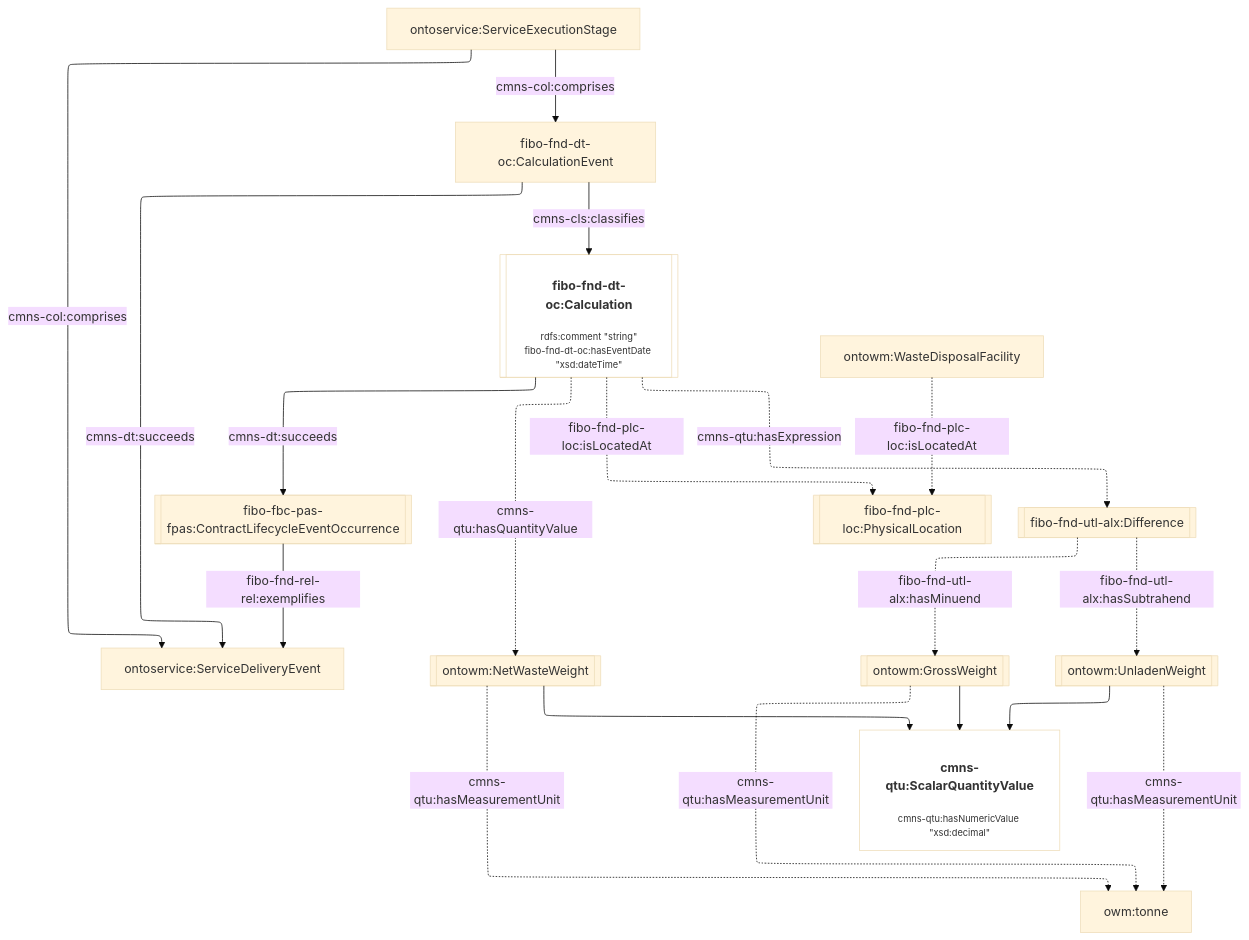
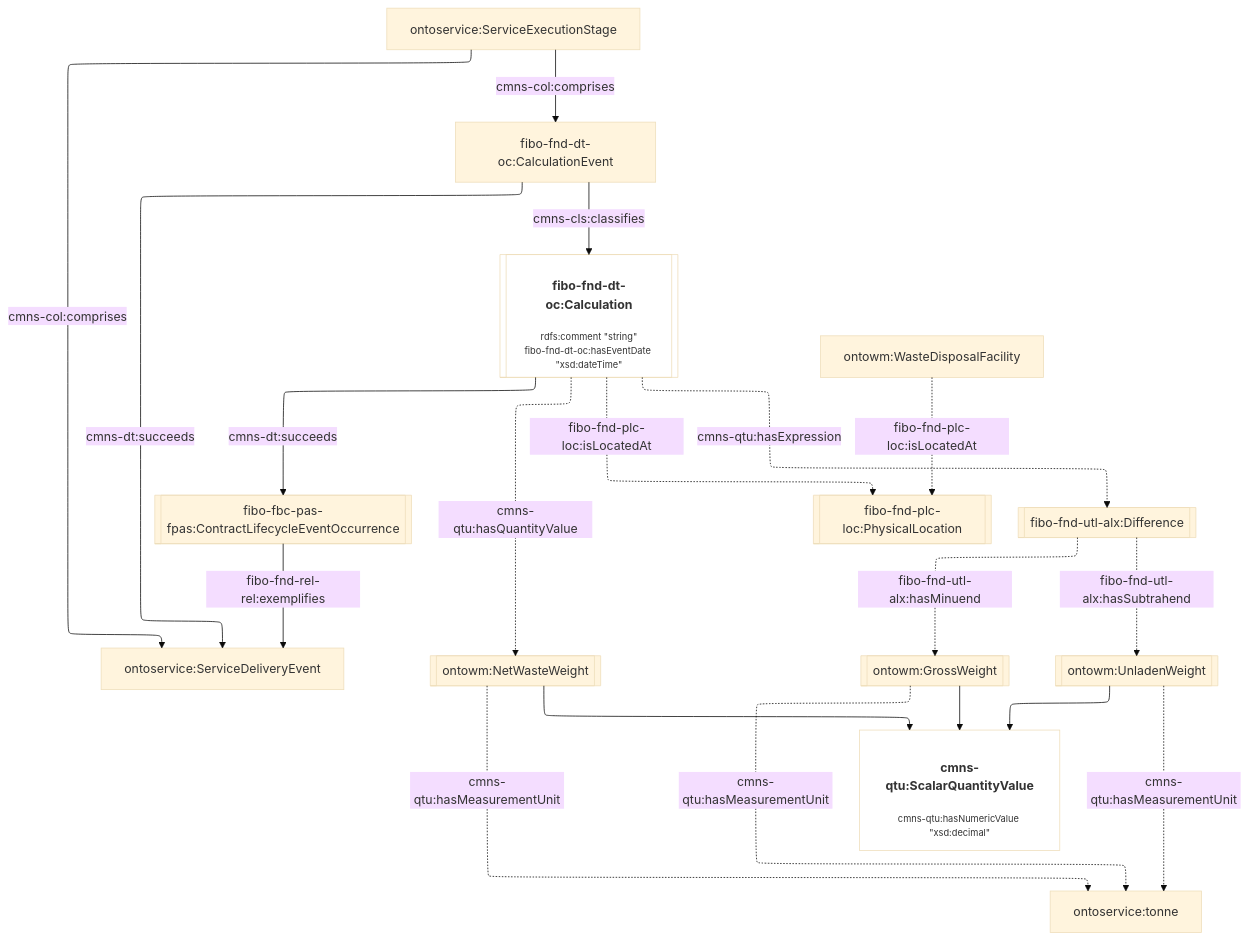
The ninth of 13 diagrams in JPS_Ontology/ontology/ontowastemanagement/README.md (cambridge-cares/TheWorldAvatar), drawn with Mermaid (base theme) before and after one commit. The commit also changed other lines of this file and 7 other files, not shown here.

````diff
--- a/JPS_Ontology/ontology/ontowastemanagement/README.md
+++ b/JPS_Ontology/ontology/ontowastemanagement/README.md
@@ -346,33 +353,33 @@
 ```mermaid
 %%{init: {"flowchart": {"defaultRenderer": "elk"}} }%%
 flowchart TD
     %% Styling
     classDef literal fill:none
     classDef node overflow-wrap:break-word,text-wrap:pretty
     linkStyle default overflow-wrap:break-word,text-wrap:pretty;
 
     %% Contents
     CalculationEvent[fibo-fnd-dt-oc:CalculationEvent] -- cmns-dt:succeeds --> ServiceDeliveryEvent[ontoservice:ServiceDeliveryEvent]
     Calculation[["<h4>fibo-fnd-dt-oc:Calculation</h4><p style='font-size:0.75rem;'>rdfs:comment &quot;string&quot;<br>fibo-fnd-dt-oc:hasEventDate &quot;xsd:dateTime&quot;</p>"]]:::literal -- cmns-dt:succeeds --> EventOccurrence[[fibo-fbc-pas-fpas:ContractLifecycleEventOccurrence]]
     ServiceExecutionStage[ontoservice:ServiceExecutionStage] -- cmns-col:comprises --> ServiceDeliveryEvent
     ServiceExecutionStage -- cmns-col:comprises --> CalculationEvent
     EventOccurrence -- fibo-fnd-rel-rel:exemplifies --> ServiceDeliveryEvent
     CalculationEvent -- cmns-cls:classifies --> Calculation
 
     ontowm:WasteDisposalFacility -. fibo-fnd-plc-loc:isLocatedAt .-> Location[[fibo-fnd-plc-loc:PhysicalLocation]]
     Calculation -. fibo-fnd-plc-loc:isLocatedAt .-> Location
 
     Calculation -. cmns-qtu:hasQuantityValue .-> NetWasteWeight[[ontowm:NetWasteWeight]]
 
     Calculation -. cmns-qtu:hasExpression .-> Expression[[fibo-fnd-utl-alx:Difference]]
     Expression -. fibo-fnd-utl-alx:hasMinuend .-> GrossWeight[[ontowm:GrossWeight]]
     Expression -. fibo-fnd-utl-alx:hasSubtrahend .-> UnladenWeight[[ontowm:UnladenWeight]]
 
     NetWasteWeight --> ScalarQuantityValue["<h4>cmns-qtu:ScalarQuantityValue</h4><p style='font-size:0.75rem;'>cmns-qtu:hasNumericValue &quot;xsd:decimal&quot;</p>"]:::literal
     GrossWeight --> ScalarQuantityValue["<h4>cmns-qtu:ScalarQuantityValue</h4><p style='font-size:0.75rem;'>cmns-qtu:hasNumericValue &quot;xsd:decimal&quot;</p>"]:::literal
     UnladenWeight --> ScalarQuantityValue["<h4>cmns-qtu:ScalarQuantityValue</h4><p style='font-size:0.75rem;'>cmns-qtu:hasNumericValue &quot;xsd:decimal&quot;</p>"]:::literal
 
-    NetWasteWeight -. cmns-qtu:hasMeasurementUnit .-> tonne[owm:tonne]
+    NetWasteWeight -. cmns-qtu:hasMeasurementUnit .-> tonne[ontoservice:tonne]
     GrossWeight -. cmns-qtu:hasMeasurementUnit .-> tonne
     UnladenWeight -. cmns-qtu:hasMeasurementUnit .-> tonne
 ```
````
